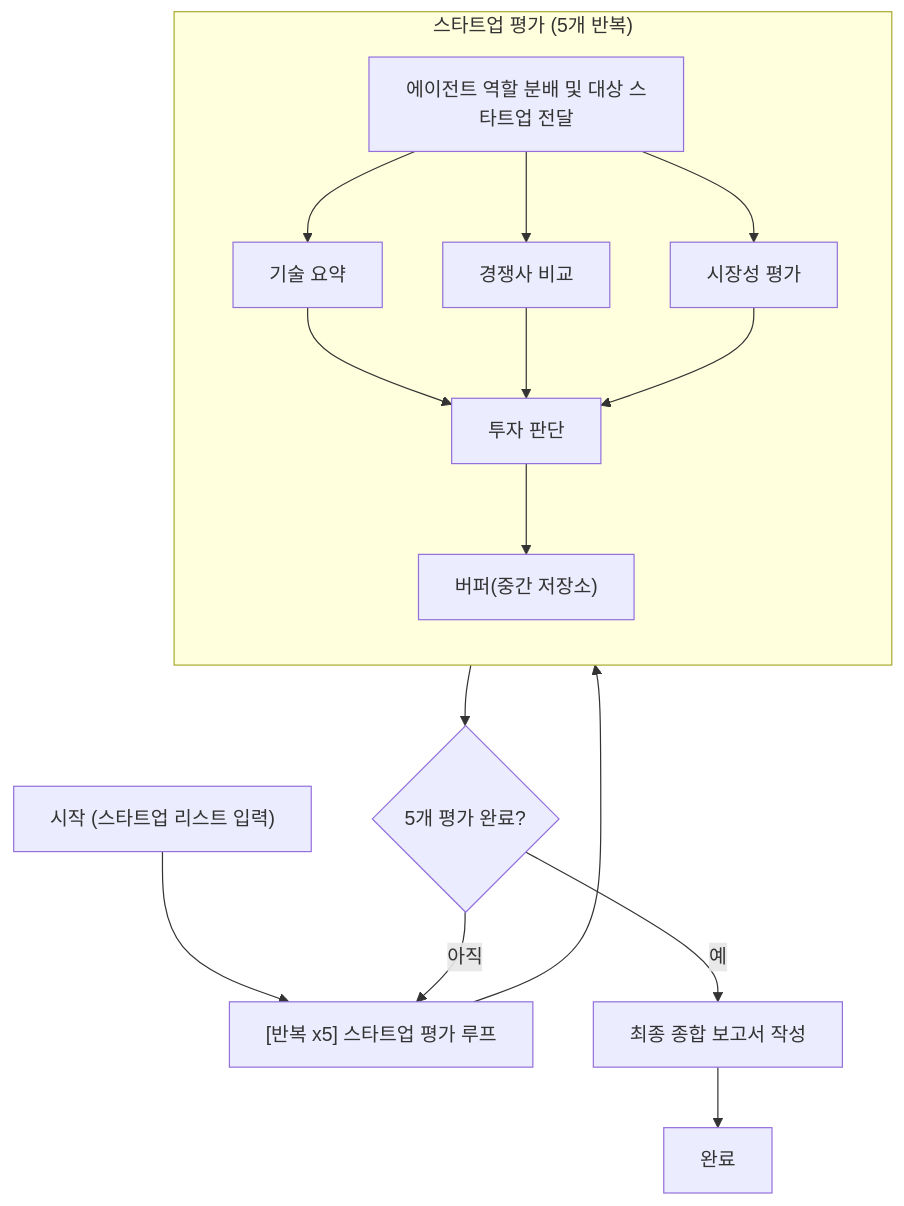
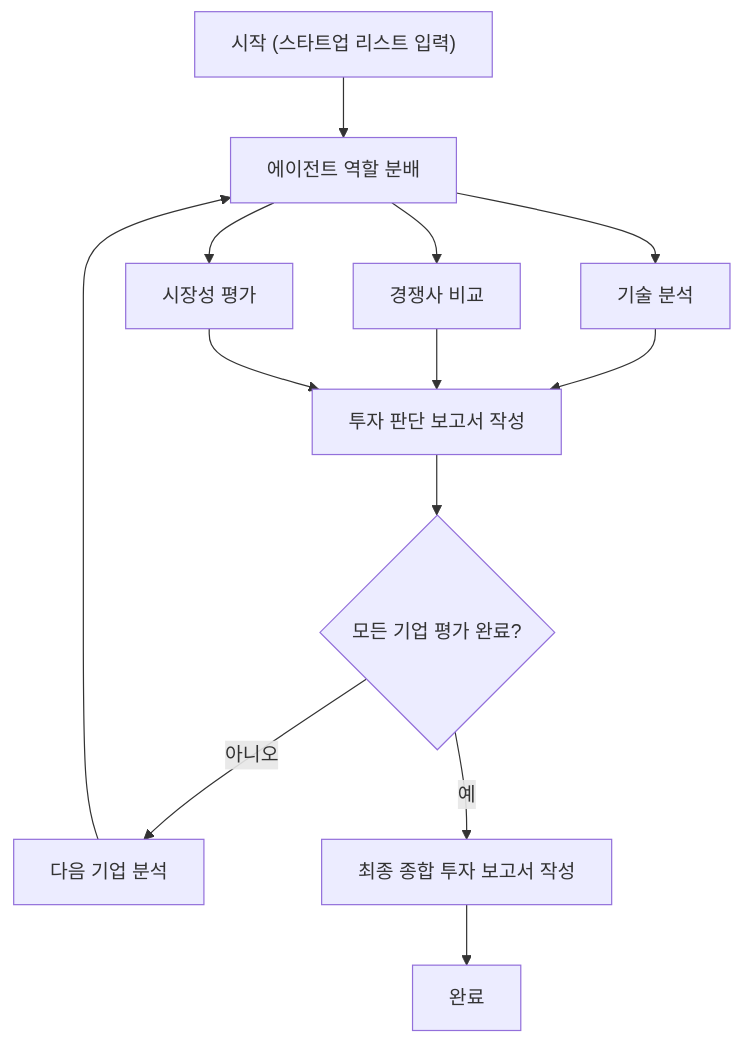
One commit to skala-group-2/AI-Startup-Evaluation changed the diagram in README.md. Above: the diagram before and after it, drawn with Mermaid. The commit also changed other lines of this file, not shown here.

````diff
--- a/README.md
+++ b/README.md
@@ -1,26 +38,17 @@
 ```mermaid
 flowchart TB
-  start["시작 (스타트업 리스트 입력)"] --> loopStart["[반복 x5] 스타트업 평가 루프"]
+  start["시작 (스타트업 리스트 입력)"] --> dispatch["에이전트 역할 분배"]
 
-  subgraph 평가루프["스타트업 평가 (5개 반복)"]
-    direction TB
+  dispatch --> tech["기술 분석"]
+  dispatch --> competitor["경쟁사 비교"]
+  dispatch --> market["시장성 평가"]
 
-    역할분배["에이전트 역할 분배 및 대상 스타트업 전달"]
-    역할분배 --> 기술요약["기술 요약"]
-    역할분배 --> 경쟁사비교["경쟁사 비교"]
-    역할분배 --> 시장성평가["시장성 평가"]
+  tech --> merge["투자 판단 보고서 작성"]
+  competitor --> merge
+  market --> merge
 
-    기술요약 --> 투자판단["투자 판단"]
-    경쟁사비교 --> 투자판단
-    시장성평가 --> 투자판단
-
-    투자판단 --> 버퍼["버퍼(중간 저장소)"]
-  end
-
-  loopStart --> 평가루프
-  평가루프 --> 반복종료확인{"5개 평가 완료?"}
-  반복종료확인 -->|아직| loopStart
-  반복종료확인 -->|예| 보고서작성["최종 종합 보고서 작성"]
-  보고서작성 --> 완료["완료"]
+  merge --> isDone{"모든 기업 평가 완료?"}
+  isDone -- 아니오 --> increment["다음 기업 분석"] --> dispatch
+  isDone -- 예 --> final["최종 종합 투자 보고서 작성"] --> complete["완료"]
 
 ```
````
